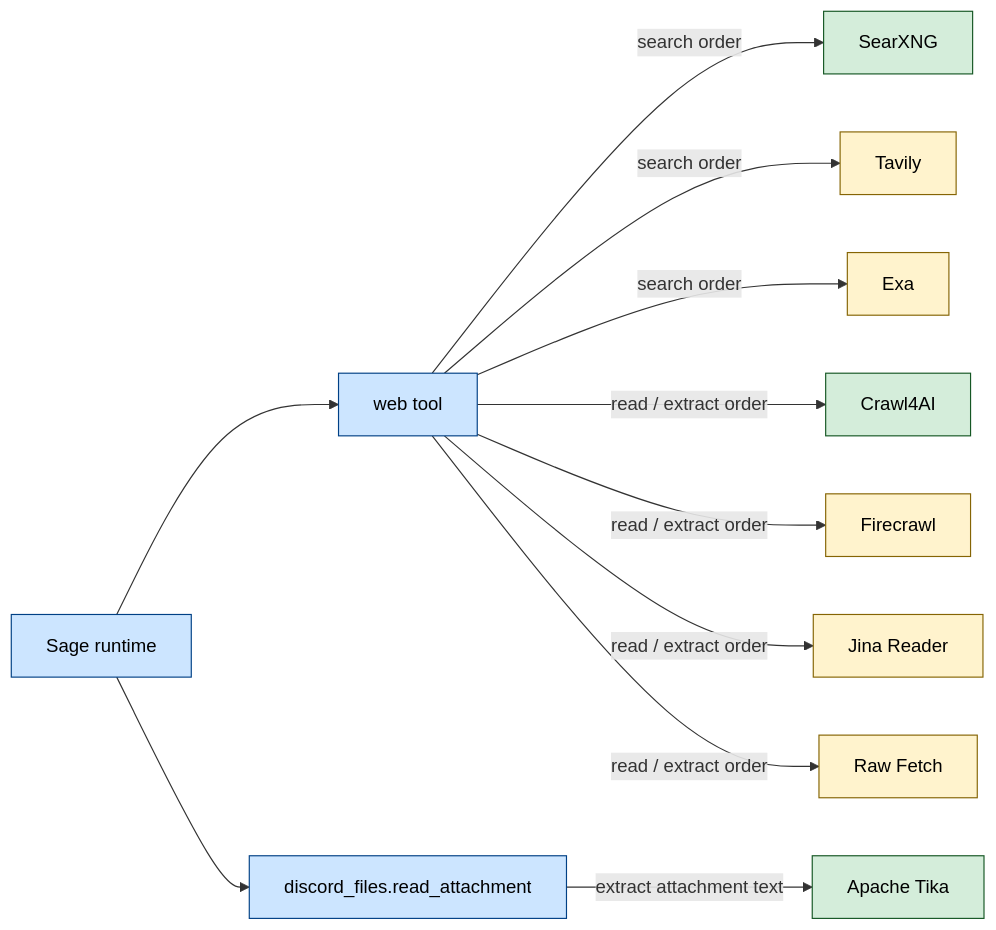
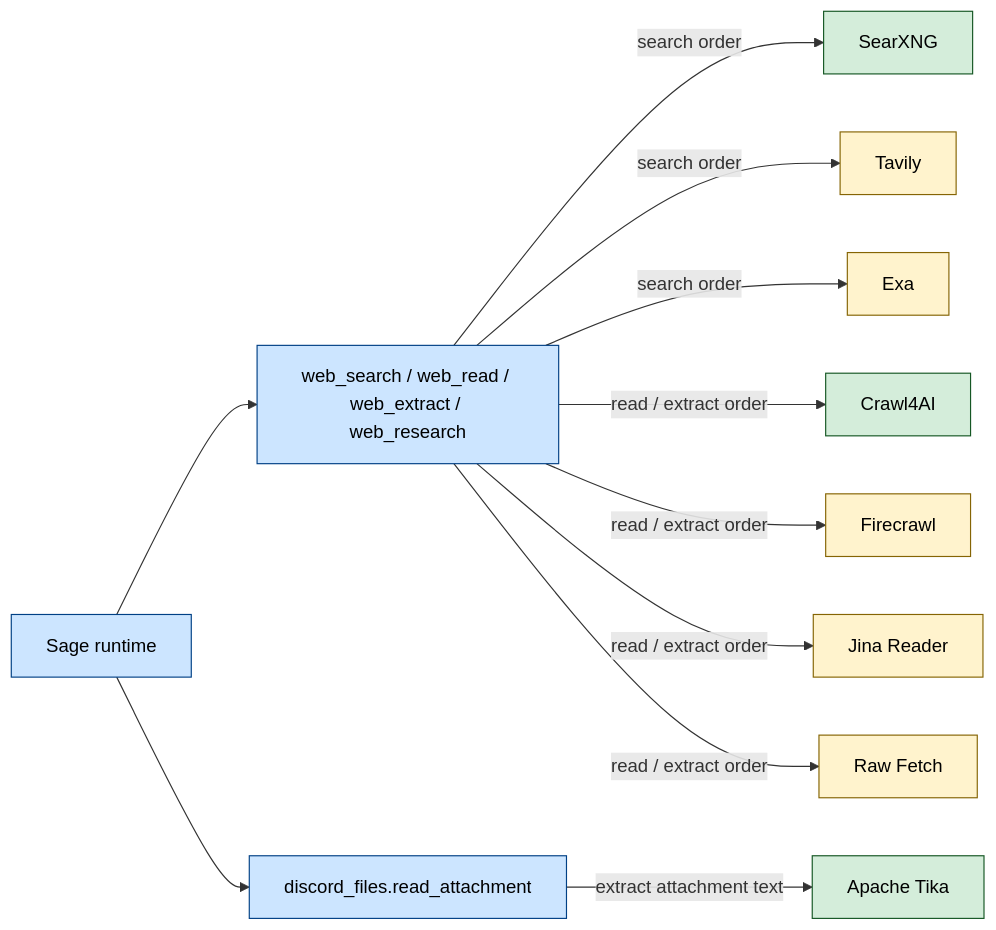
Before and after one commit to BokX1/Sage: the diagram in docs/operations/TOOL_STACK.md, drawn with Mermaid. The commit also changed other lines of this file and 21 other files, not shown here.

````diff
--- a/docs/operations/TOOL_STACK.md
+++ b/docs/operations/TOOL_STACK.md
@@ -41,20 +41,20 @@
 ```mermaid
 flowchart LR
     classDef local fill:#d4edda,stroke:#155724,color:black
     classDef hosted fill:#fff3cd,stroke:#856404,color:black
     classDef sage fill:#cce5ff,stroke:#004085,color:black
 
-    S["Sage runtime"]:::sage --> W["web tool"]:::sage
+    S["Sage runtime"]:::sage --> W["web_search / web_read / web_extract / web_research"]:::sage
     S --> FI["discord_files.read_attachment"]:::sage
 
     W -->|"search order"| S1["SearXNG"]:::local
     W -->|"search order"| S2["Tavily"]:::hosted
     W -->|"search order"| S3["Exa"]:::hosted
 
     W -->|"read / extract order"| C1["Crawl4AI"]:::local
     W -->|"read / extract order"| C2["Firecrawl"]:::hosted
     W -->|"read / extract order"| C3["Jina Reader"]:::hosted
     W -->|"read / extract order"| C4["Raw Fetch"]:::hosted
 
     FI -->|"extract attachment text"| T1["Apache Tika"]:::local
 ```
````
